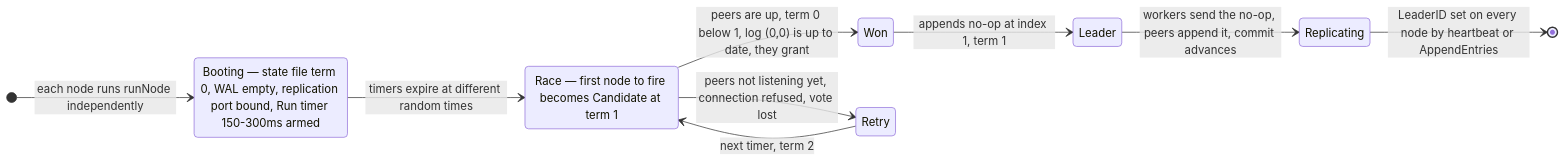
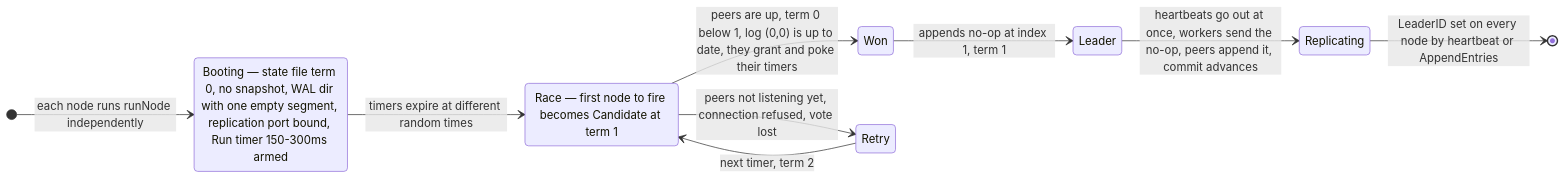
One commit to Tarun-Elango/hobbyDB changed the sixth of 8 diagrams in flow/4. cluster-startup-cases.md. Above: the diagram before and after it, drawn with Mermaid. The commit also changed other lines of this file and 8 other files, not shown here.

Commit message:
udpating results and state diagrams

````diff
--- a/flow/4. cluster-startup-cases.md
+++ b/flow/4. cluster-startup-cases.md
@@ -181,14 +204,14 @@
 ```mermaid
 stateDiagram-v2
     direction LR
     [*] --> Booting: each node runs runNode independently
-    state "Booting — state file term 0, WAL empty, replication port bound, Run timer 150-300ms armed" as Booting
+    state "Booting — state file term 0, no snapshot, WAL dir with one empty segment, replication port bound, Run timer 150-300ms armed" as Booting
     Booting --> Race: timers expire at different random times
     state "Race — first node to fire becomes Candidate at term 1" as Race
-    Race --> Won: peers are up, term 0 below 1, log (0,0) is up to date, they grant
+    Race --> Won: peers are up, term 0 below 1, log (0,0) is up to date, they grant and poke their timers
     Race --> Retry: peers not listening yet, connection refused, vote lost
     Retry --> Race: next timer, term 2
     Won --> Leader: appends no-op at index 1, term 1
-    Leader --> Replicating: workers send the no-op, peers append it, commit advances
+    Leader --> Replicating: heartbeats go out at once, workers send the no-op, peers append it, commit advances
     Replicating --> [*]: LeaderID set on every node by heartbeat or AppendEntries
 ```
````
